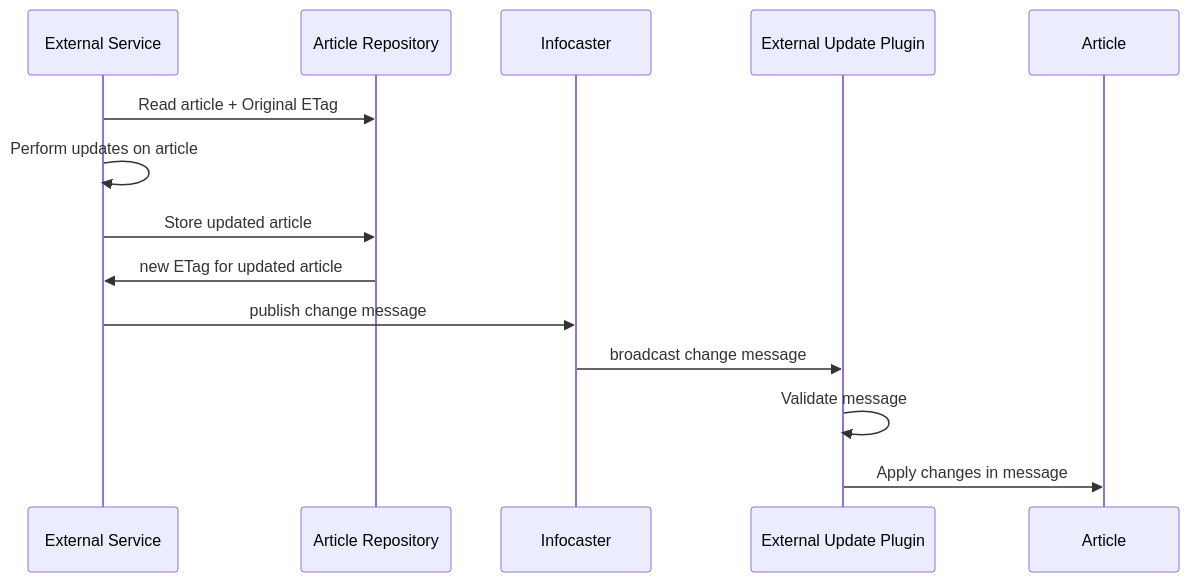
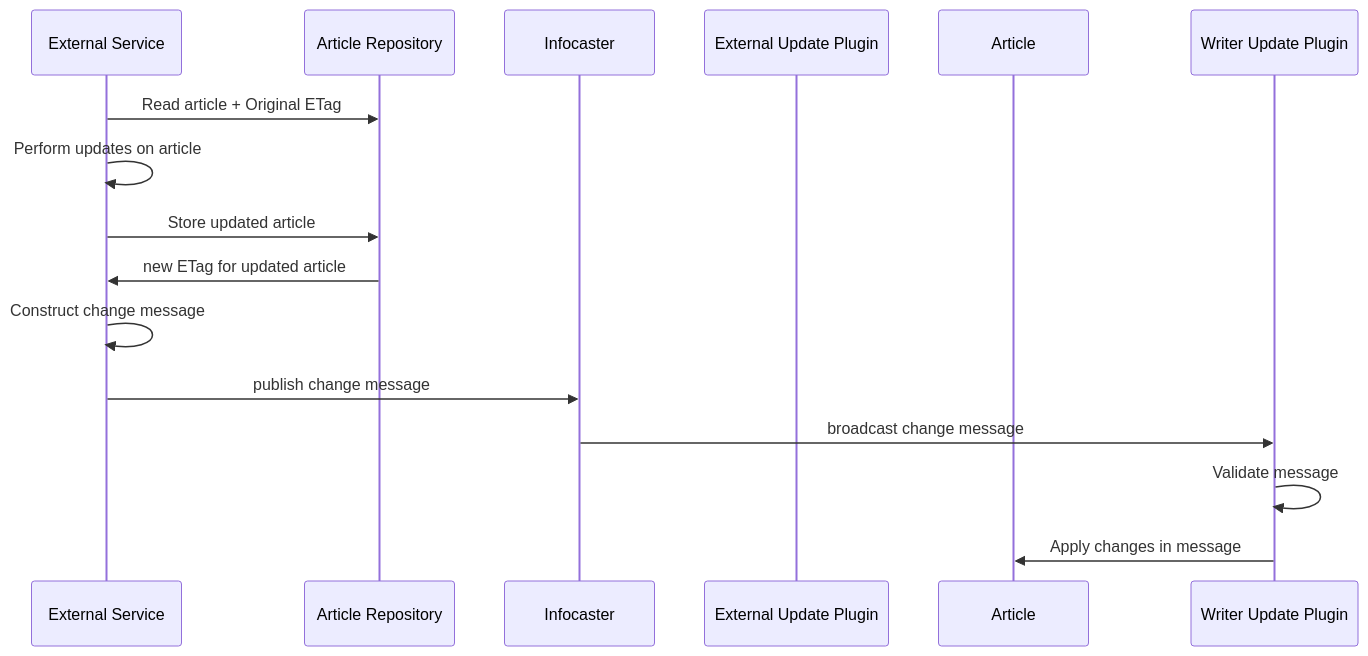
The diagram in plugins/se.infomaker.externalupdate/README.md (Infomaker/NPWriterPluginBundle), drawn with Mermaid before and after one commit.

Commit message:
Updated sequence diagram in readme file

````diff
--- a/plugins/se.infomaker.externalupdate/README.md
+++ b/plugins/se.infomaker.externalupdate/README.md
@@ -15,16 +15,17 @@
 ```{mermaid}
 sequenceDiagram
     participant External Service
     participant Article Repository
     participant Infocaster
     participant External Update Plugin
     participant Article
     External Service->>Article Repository: Read article + Original ETag
     External Service->>External Service: Perform updates on article
     External Service->>Article Repository: Store updated article
     Article Repository->>External Service: new ETag for updated article
+    External Service->>External Service: Construct change message
     External Service->>Infocaster: publish change message
-    Infocaster->>External Update Plugin: broadcast change message
-    External Update Plugin->>External Update Plugin: Validate message
-    External Update Plugin->>Article: Apply changes in message
+    Infocaster->>Writer Update Plugin: broadcast change message
+    Writer Update Plugin->>Writer Update Plugin: Validate message
+    Writer Update Plugin->>Article: Apply changes in message
 ```
````
